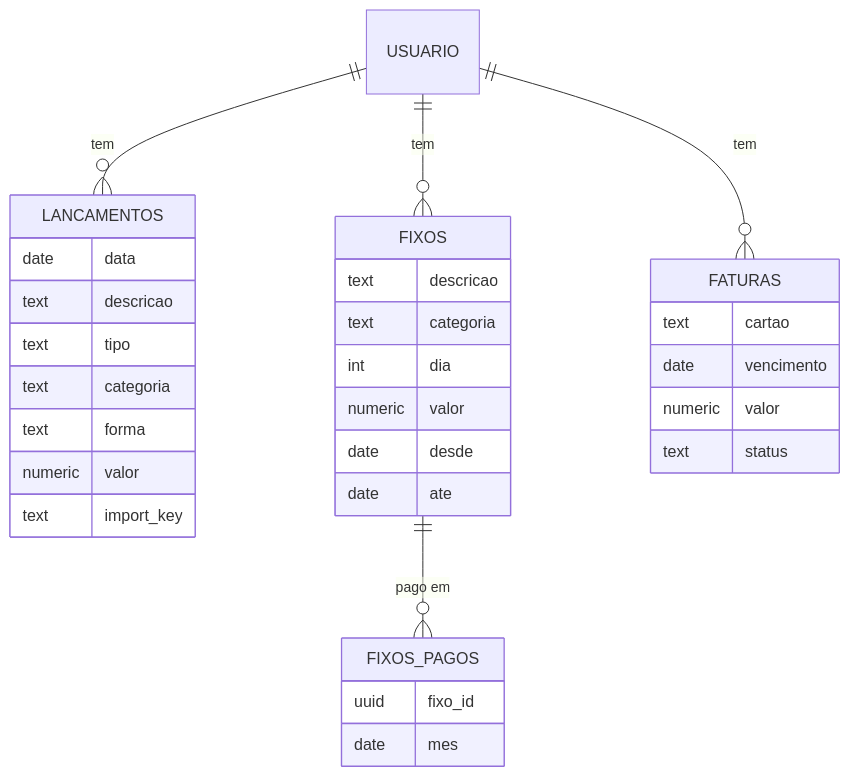
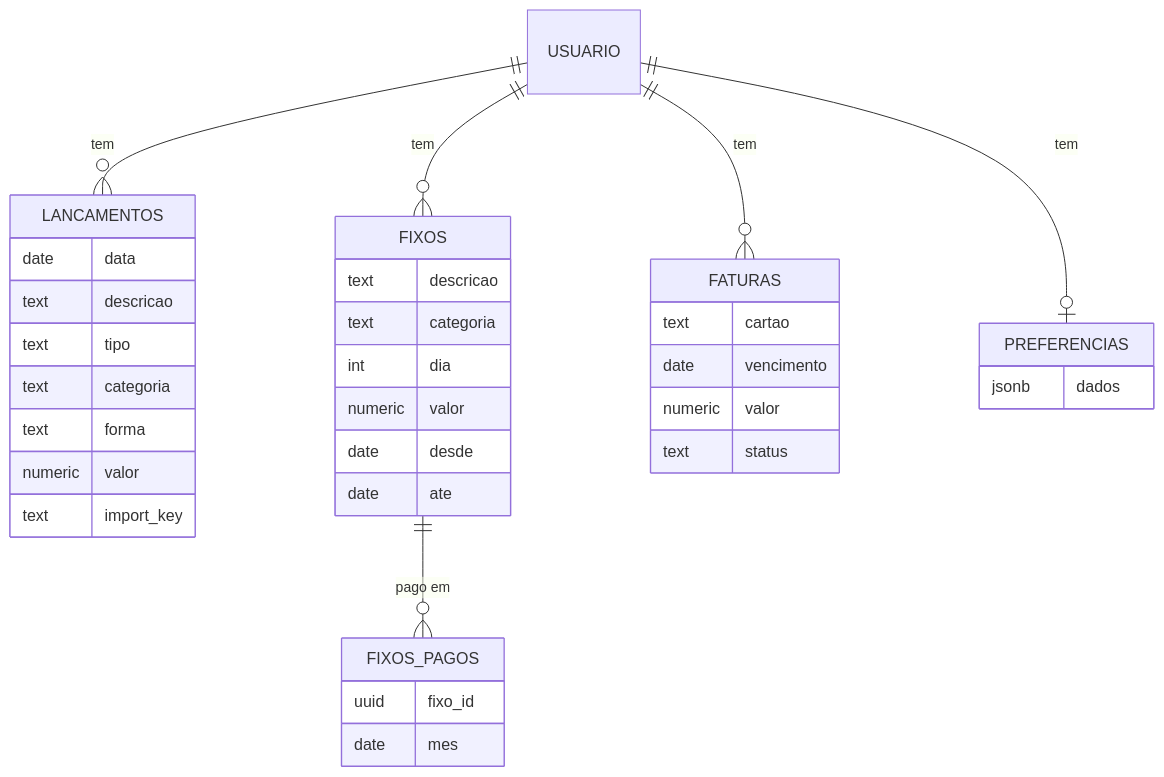
The second of 2 diagrams in README.md (MarcosHenriqueBarbosaSantos/controle-gastos-pwa), drawn with Mermaid before and after one commit. The commit also changed other lines of this file and 12 other files, not shown here.

````diff
--- a/README.md
+++ b/README.md
@@ -63,34 +69,38 @@
 ```mermaid
 erDiagram
   USUARIO ||--o{ LANCAMENTOS : tem
   USUARIO ||--o{ FIXOS : tem
   USUARIO ||--o{ FATURAS : tem
   FIXOS ||--o{ FIXOS_PAGOS : "pago em"
+  USUARIO ||--o| PREFERENCIAS : tem
   LANCAMENTOS {
     date data
     text descricao
     text tipo
     text categoria
     text forma
     numeric valor
     text import_key
   }
   FIXOS {
     text descricao
     text categoria
     int dia
     numeric valor
     date desde
     date ate
   }
   FIXOS_PAGOS {
     uuid fixo_id
     date mes
   }
+  PREFERENCIAS {
+    jsonb dados
+  }
   FATURAS {
     text cartao
     date vencimento
     numeric valor
     text status
   }
 ```
````
